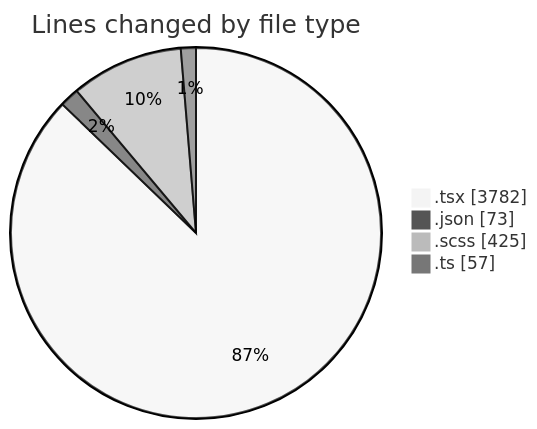
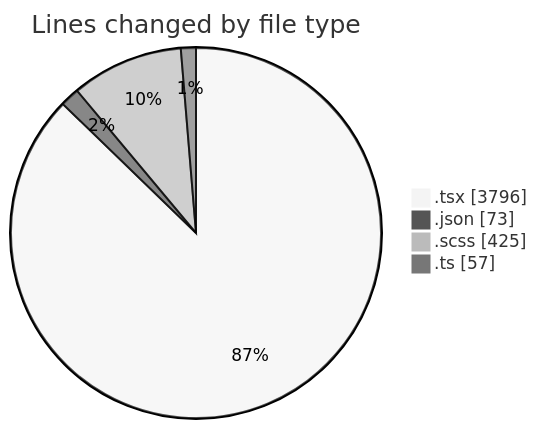
Before and after one commit to momahboobian/code-tracking: the first of 2 diagrams in 2025-10-02/cda/README.md, drawn with Mermaid (neutral theme). The commit also changed other lines of this file and 1 other file, not shown here.

````diff
--- a/2025-10-02/cda/README.md
+++ b/2025-10-02/cda/README.md
@@ -29,8 +29,8 @@
 ```mermaid
 pie showData
 title Lines changed by file type
-".tsx" : 3782
+".tsx" : 3796
 ".json" : 73
 ".scss" : 425
 ".ts" : 57
 ```
````
